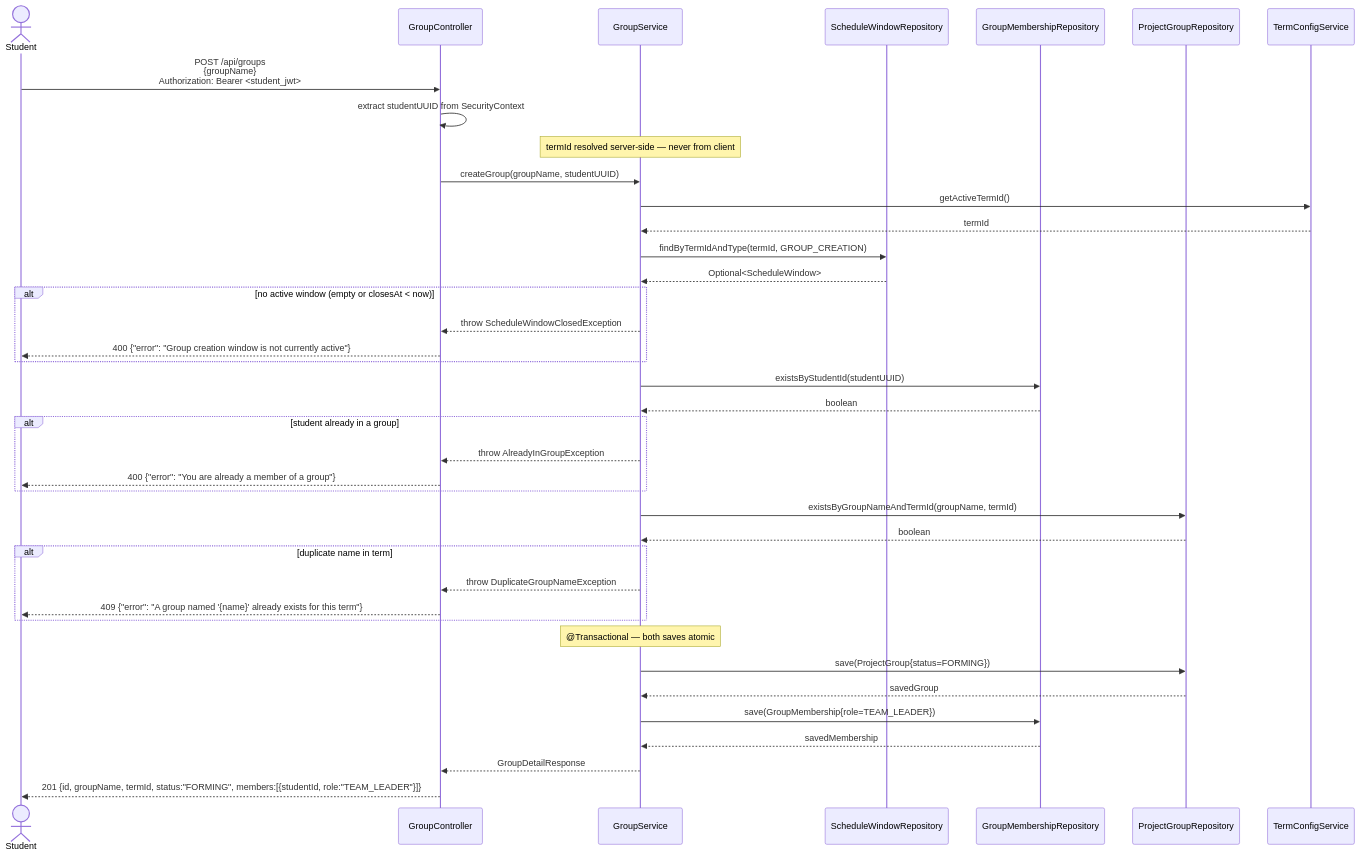
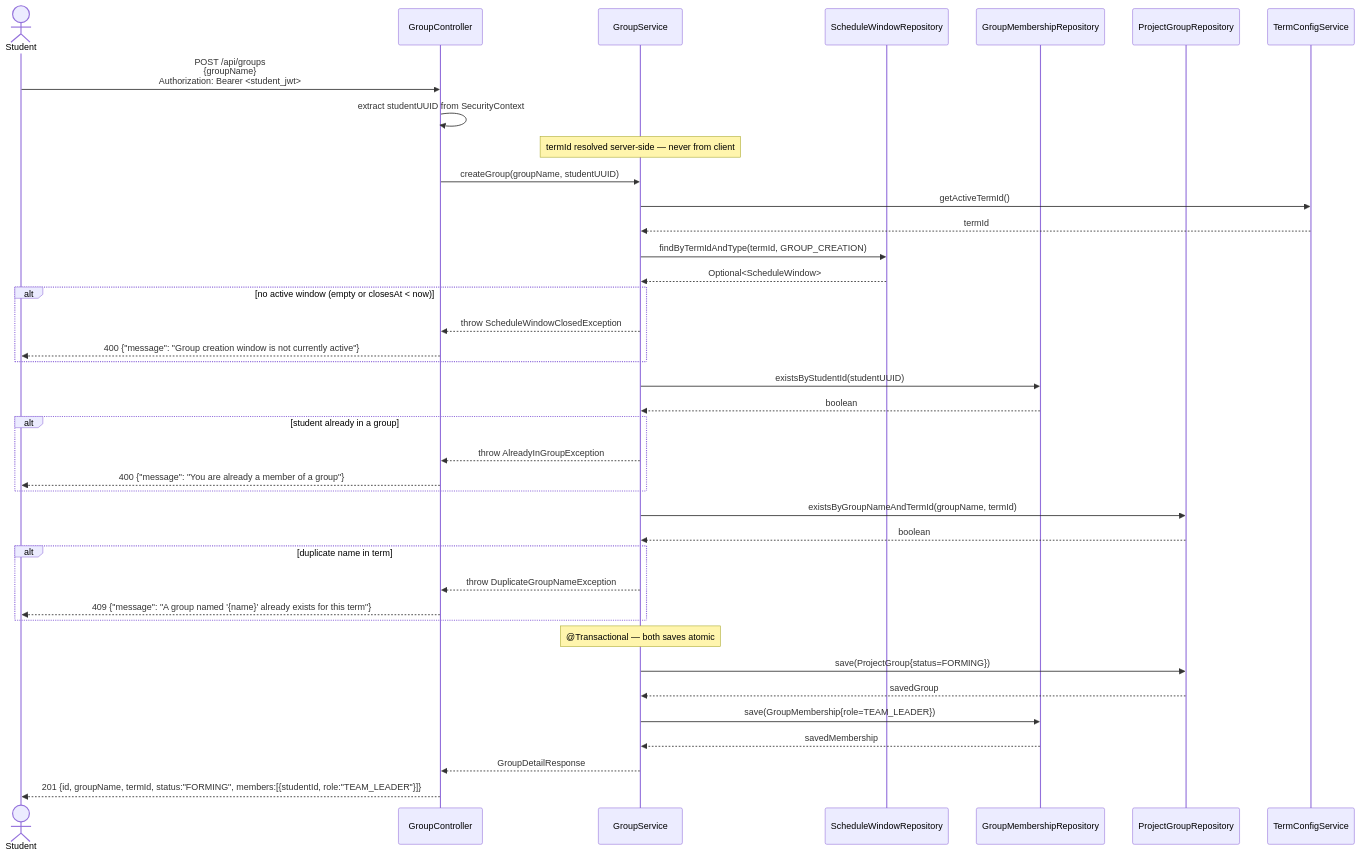
Before and after one commit to SE3318-Spring-2025-2026/senior-app-6: the first of 2 diagrams in docs/process2/sequences/2.1_create_group_p2.md, drawn with Mermaid. The commit also changed other lines of this file and 27 other files, not shown here.

````diff
--- a/docs/process2/sequences/2.1_create_group_p2.md
+++ b/docs/process2/sequences/2.1_create_group_p2.md
@@ -12,53 +12,53 @@
 ```mermaid
 sequenceDiagram
     actor Student
     participant GroupController
     participant GroupService
     participant ScheduleWindowRepository
     participant GroupMembershipRepository
     participant ProjectGroupRepository
 
     Student->>GroupController: POST /api/groups<br/>{groupName}<br/>Authorization: Bearer <student_jwt>
 
     GroupController->>GroupController: extract studentUUID from SecurityContext
 
     Note over GroupService: termId resolved server-side — never from client
     GroupController->>GroupService: createGroup(groupName, studentUUID)
 
     GroupService->>TermConfigService: getActiveTermId()
     TermConfigService-->>GroupService: termId
 
     GroupService->>ScheduleWindowRepository: findByTermIdAndType(termId, GROUP_CREATION)
     ScheduleWindowRepository-->>GroupService: Optional<ScheduleWindow>
 
     alt no active window (empty or closesAt < now)
         GroupService-->>GroupController: throw ScheduleWindowClosedException
-        GroupController-->>Student: 400 {"error": "Group creation window is not currently active"}
+        GroupController-->>Student: 400 {"message": "Group creation window is not currently active"}
     end
 
     GroupService->>GroupMembershipRepository: existsByStudentId(studentUUID)
     GroupMembershipRepository-->>GroupService: boolean
 
     alt student already in a group
         GroupService-->>GroupController: throw AlreadyInGroupException
-        GroupController-->>Student: 400 {"error": "You are already a member of a group"}
+        GroupController-->>Student: 400 {"message": "You are already a member of a group"}
     end
 
     GroupService->>ProjectGroupRepository: existsByGroupNameAndTermId(groupName, termId)
     ProjectGroupRepository-->>GroupService: boolean
 
     alt duplicate name in term
         GroupService-->>GroupController: throw DuplicateGroupNameException
-        GroupController-->>Student: 409 {"error": "A group named '{name}' already exists for this term"}
+        GroupController-->>Student: 409 {"message": "A group named '{name}' already exists for this term"}
     end
 
     Note over GroupService: @Transactional — both saves atomic
     GroupService->>ProjectGroupRepository: save(ProjectGroup{status=FORMING})
     ProjectGroupRepository-->>GroupService: savedGroup
 
     GroupService->>GroupMembershipRepository: save(GroupMembership{role=TEAM_LEADER})
     GroupMembershipRepository-->>GroupService: savedMembership
 
     GroupService-->>GroupController: GroupDetailResponse
     GroupController-->>Student: 201 {id, groupName, termId, status:"FORMING", members:[{studentId, role:"TEAM_LEADER"}]}
 ```
````
